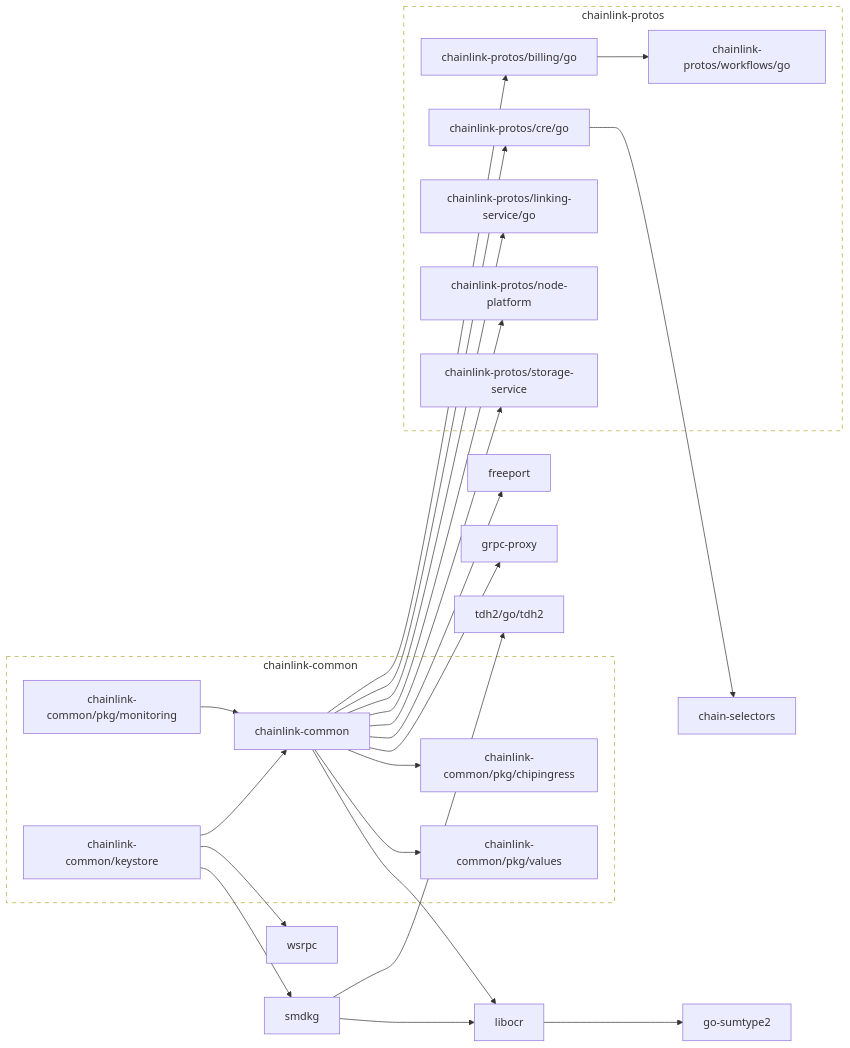
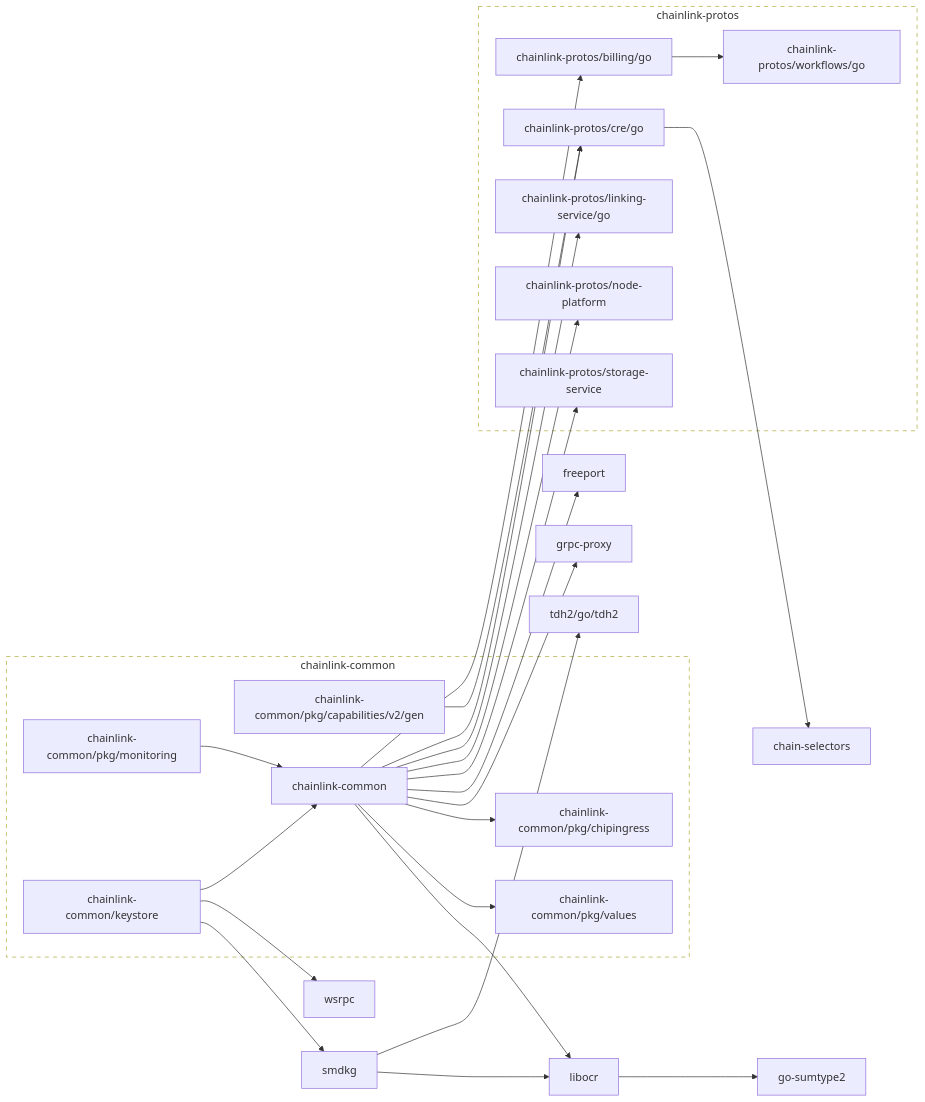
Before and after one commit to smartcontractkit/chainlink-common: the diagram in go.md, drawn with Mermaid. The commit also changed 16 other files, not shown here.

Commit message:
Pin chainlink-protos to cap-dev for v2/gen

````diff
--- a/go.md
+++ b/go.md
@@ -2,76 +2,79 @@
 ```mermaid
 flowchart LR
 
 	chain-selectors
 	click chain-selectors href "https://github.com/smartcontractkit/chain-selectors"
 	chainlink-common --> chainlink-common/pkg/chipingress
 	chainlink-common --> chainlink-common/pkg/values
 	chainlink-common --> chainlink-protos/billing/go
 	chainlink-common --> chainlink-protos/cre/go
 	chainlink-common --> chainlink-protos/linking-service/go
 	chainlink-common --> chainlink-protos/node-platform
 	chainlink-common --> chainlink-protos/storage-service
 	chainlink-common --> freeport
 	chainlink-common --> grpc-proxy
 	chainlink-common --> libocr
 	click chainlink-common href "https://github.com/smartcontractkit/chainlink-common"
 	chainlink-common/keystore --> chainlink-common
 	chainlink-common/keystore --> smdkg
 	chainlink-common/keystore --> wsrpc
 	click chainlink-common/keystore href "https://github.com/smartcontractkit/chainlink-common"
+	chainlink-common/pkg/capabilities/v2/gen --> chainlink-protos/cre/go
+	click chainlink-common/pkg/capabilities/v2/gen href "https://github.com/smartcontractkit/chainlink-common"
 	chainlink-common/pkg/chipingress
 	click chainlink-common/pkg/chipingress href "https://github.com/smartcontractkit/chainlink-common"
 	chainlink-common/pkg/monitoring --> chainlink-common
 	click chainlink-common/pkg/monitoring href "https://github.com/smartcontractkit/chainlink-common"
 	chainlink-common/pkg/values
 	click chainlink-common/pkg/values href "https://github.com/smartcontractkit/chainlink-common"
 	chainlink-protos/billing/go --> chainlink-protos/workflows/go
 	click chainlink-protos/billing/go href "https://github.com/smartcontractkit/chainlink-protos"
 	chainlink-protos/cre/go --> chain-selectors
 	click chainlink-protos/cre/go href "https://github.com/smartcontractkit/chainlink-protos"
 	chainlink-protos/linking-service/go
 	click chainlink-protos/linking-service/go href "https://github.com/smartcontractkit/chainlink-protos"
 	chainlink-protos/node-platform
 	click chainlink-protos/node-platform href "https://github.com/smartcontractkit/chainlink-protos"
 	chainlink-protos/storage-service
 	click chainlink-protos/storage-service href "https://github.com/smartcontractkit/chainlink-protos"
 	chainlink-protos/workflows/go
 	click chainlink-protos/workflows/go href "https://github.com/smartcontractkit/chainlink-protos"
 	freeport
 	click freeport href "https://github.com/smartcontractkit/freeport"
 	go-sumtype2
 	click go-sumtype2 href "https://github.com/smartcontractkit/go-sumtype2"
 	grpc-proxy
 	click grpc-proxy href "https://github.com/smartcontractkit/grpc-proxy"
 	libocr --> go-sumtype2
 	click libocr href "https://github.com/smartcontractkit/libocr"
 	smdkg --> libocr
 	smdkg --> tdh2/go/tdh2
 	click smdkg href "https://github.com/smartcontractkit/smdkg"
 	tdh2/go/tdh2
 	click tdh2/go/tdh2 href "https://github.com/smartcontractkit/tdh2"
 	wsrpc
 	click wsrpc href "https://github.com/smartcontractkit/wsrpc"
 
 	subgraph chainlink-common-repo[chainlink-common]
 		 chainlink-common
 		 chainlink-common/keystore
+		 chainlink-common/pkg/capabilities/v2/gen
 		 chainlink-common/pkg/chipingress
 		 chainlink-common/pkg/monitoring
 		 chainlink-common/pkg/values
 	end
 	click chainlink-common-repo href "https://github.com/smartcontractkit/chainlink-common"
 
 	subgraph chainlink-protos-repo[chainlink-protos]
 		 chainlink-protos/billing/go
 		 chainlink-protos/cre/go
 		 chainlink-protos/linking-service/go
 		 chainlink-protos/node-platform
 		 chainlink-protos/storage-service
 		 chainlink-protos/workflows/go
 	end
 	click chainlink-protos-repo href "https://github.com/smartcontractkit/chainlink-protos"
 
 	classDef outline stroke-dasharray:6,fill:none;
 	class chainlink-common-repo,chainlink-protos-repo outline
 ```
````
